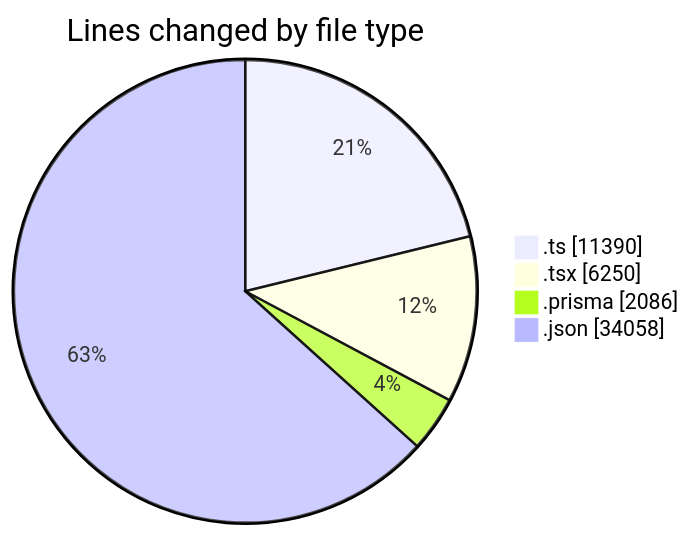
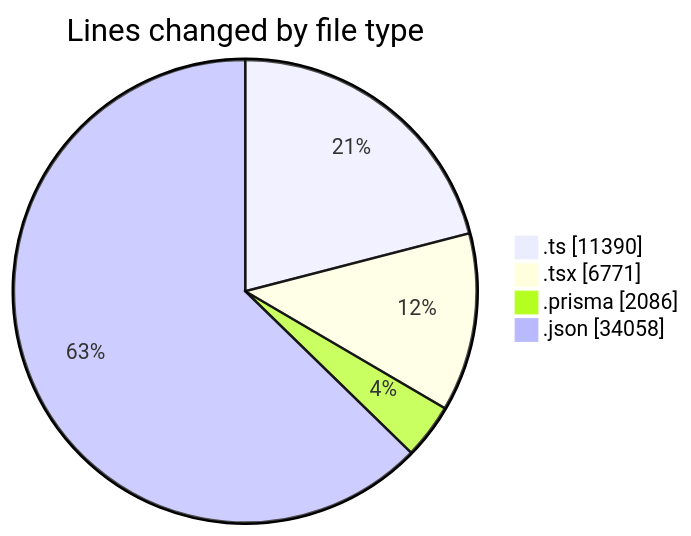
The first of 2 diagrams in 2025-05-19/ecodeli-1/README.md (CELIANVF/code-tracking), drawn with Mermaid before and after one commit. The commit also changed other lines of this file and 1 other file, not shown here.

````diff
--- a/2025-05-19/ecodeli-1/README.md
+++ b/2025-05-19/ecodeli-1/README.md
@@ -67,8 +68,8 @@
 ```mermaid
 pie showData
 title Lines changed by file type
 ".ts" : 11390
-".tsx" : 6250
+".tsx" : 6771
 ".prisma" : 2086
 ".json" : 34058
 ```
````
